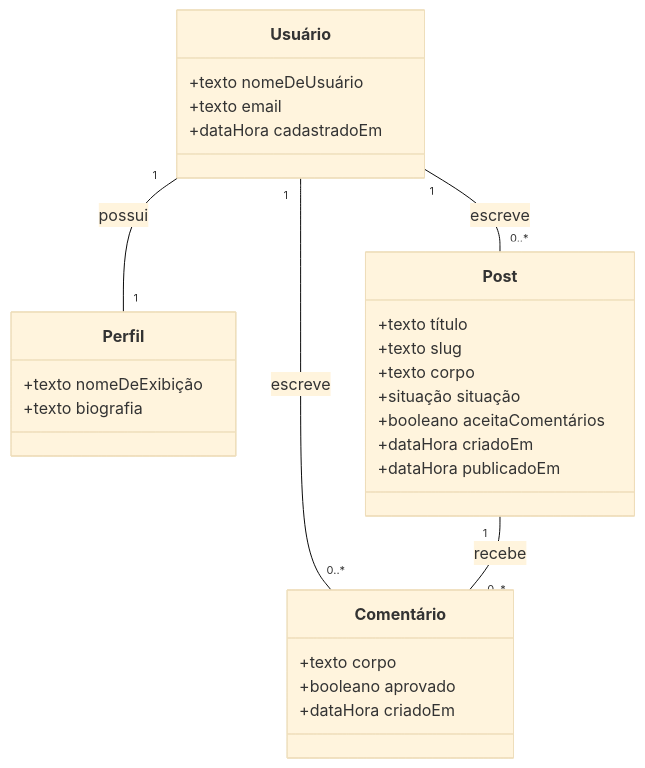
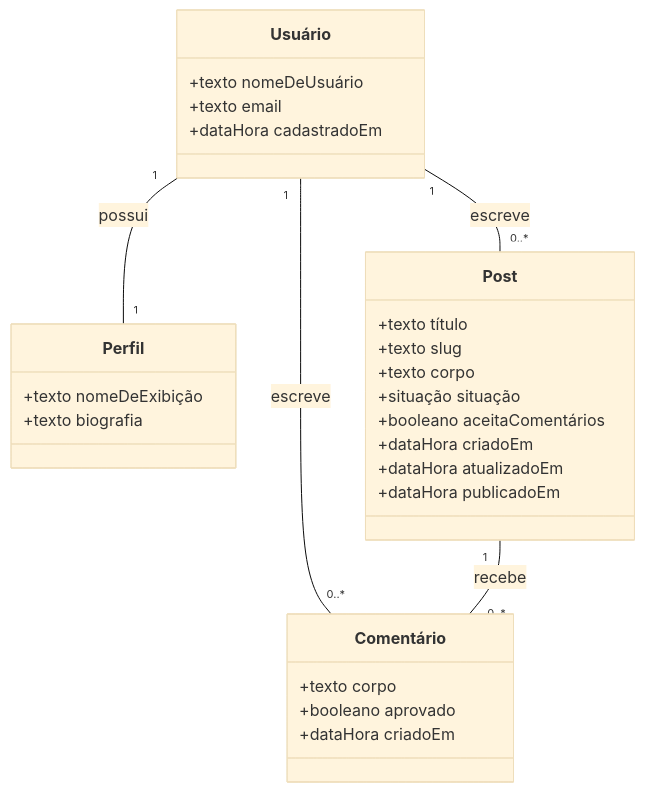
Before and after one commit to ataraxia-ppads/ataraxia-blog: the first of 2 diagrams in docs/modelo-de-dominio.md, drawn with Mermaid (base theme). The commit also changed other lines of this file and 19 other files, not shown here.

````diff
--- a/docs/modelo-de-dominio.md
+++ b/docs/modelo-de-dominio.md
@@ -27,31 +27,32 @@
 ```mermaid
 classDiagram
     class Usuário {
       +texto nomeDeUsuário
       +texto email
       +dataHora cadastradoEm
     }
     class Perfil {
       +texto nomeDeExibição
       +texto biografia
     }
     class Post {
       +texto título
       +texto slug
       +texto corpo
       +situação situação
       +booleano aceitaComentários
       +dataHora criadoEm
+      +dataHora atualizadoEm
       +dataHora publicadoEm
     }
     class Comentário {
       +texto corpo
       +booleano aprovado
       +dataHora criadoEm
     }
 
     Usuário "1" -- "1" Perfil : possui
     Usuário "1" -- "0..*" Post : escreve
     Usuário "1" -- "0..*" Comentário : escreve
     Post "1" -- "0..*" Comentário : recebe
 ```
````
